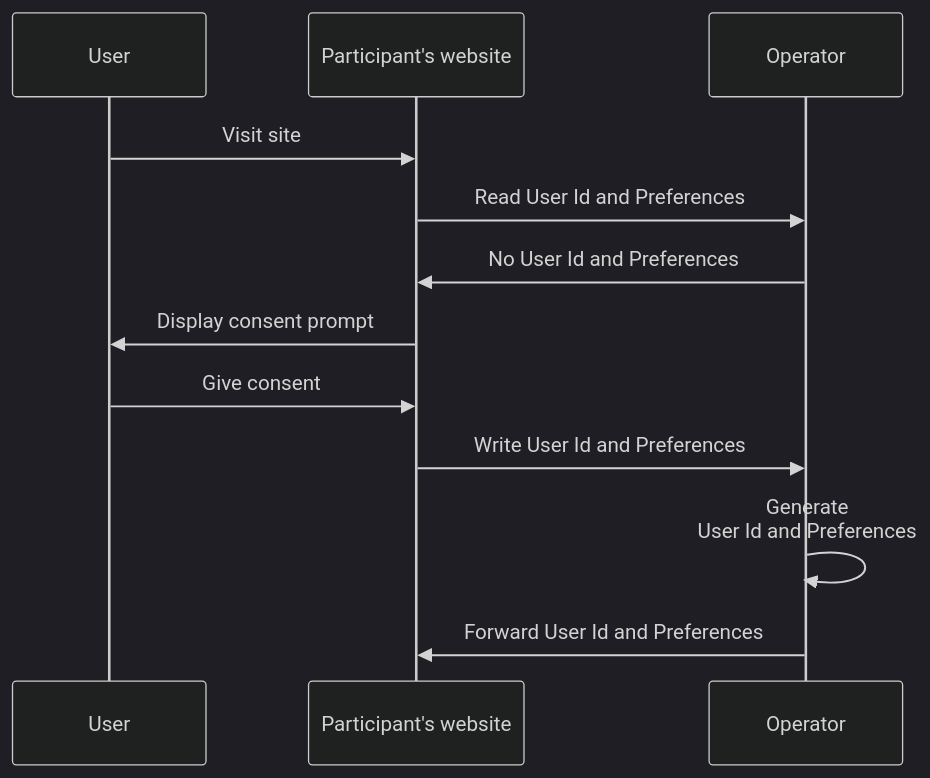
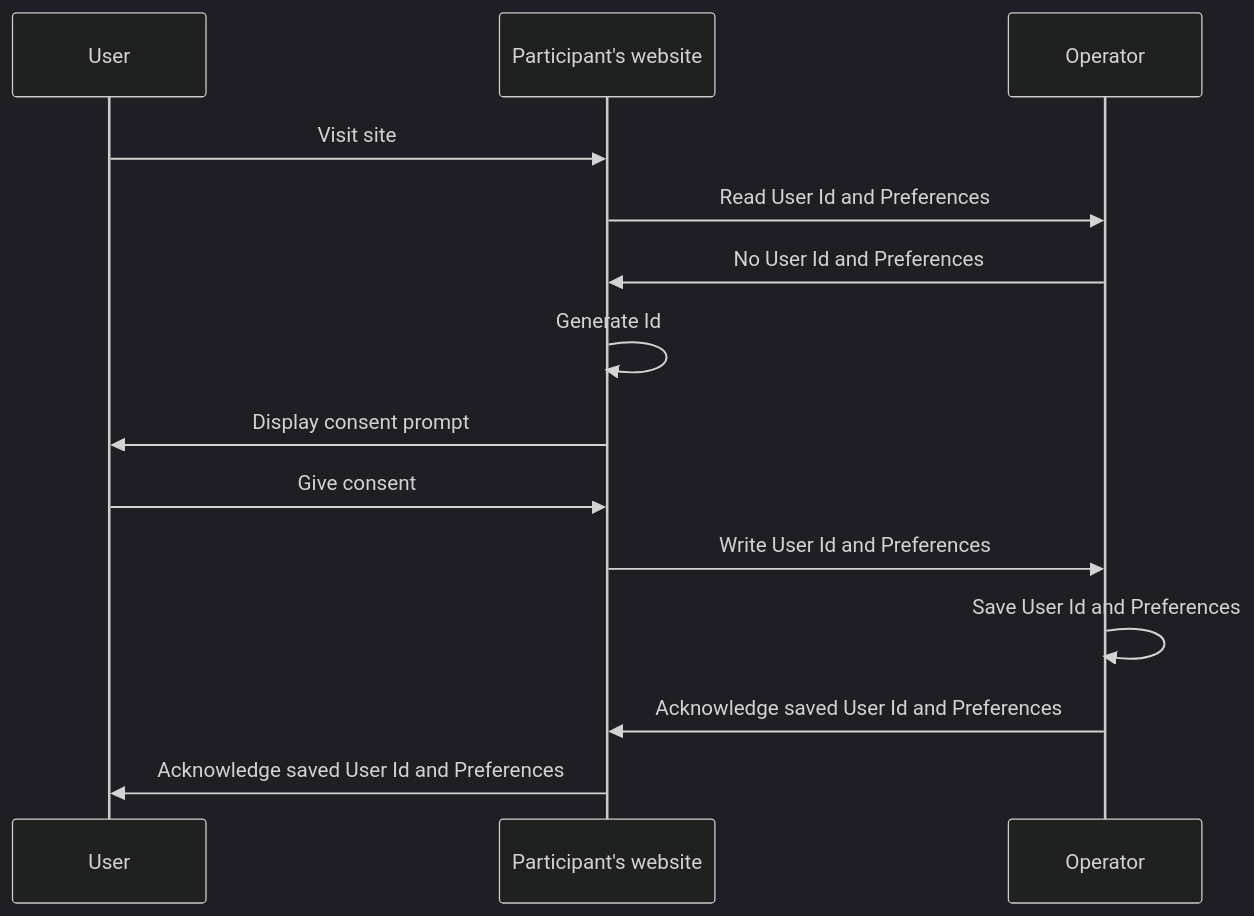
The first of 4 diagrams in mvp-spec/workflows.md (OneKey-Network/addressability-framework), drawn with Mermaid (dark theme) before and after one commit. The commit also changed other lines of this file, not shown here.

Commit message:
Update workflows.md
Updated the "Creating User Id and Preferences" diagram, to set Id creation at Publisher level, not Operator.

````diff
--- a/mvp-spec/workflows.md
+++ b/mvp-spec/workflows.md
@@ -13,18 +13,20 @@
 ```mermaid
 sequenceDiagram
 participant U as User
 participant P as Participant's website
 participant O as Operator
 
     U ->> P: Visit site
     
     P ->> O: Read User Id and Preferences
     O ->> P: No User Id and Preferences
     
+    P ->> P: Generate Id
     P ->> U: Display consent prompt
     U ->> P: Give consent
 
     P ->> O: Write User Id and Preferences
-    O ->> O: Generate<br />User Id and Preferences
-    O ->> P: Forward User Id and Preferences
+    O ->> O: Save User Id and Preferences
+    O ->> P: Acknowledge saved User Id and Preferences
+    P ->> U: Acknowledge saved User Id and Preferences
 ```
````
